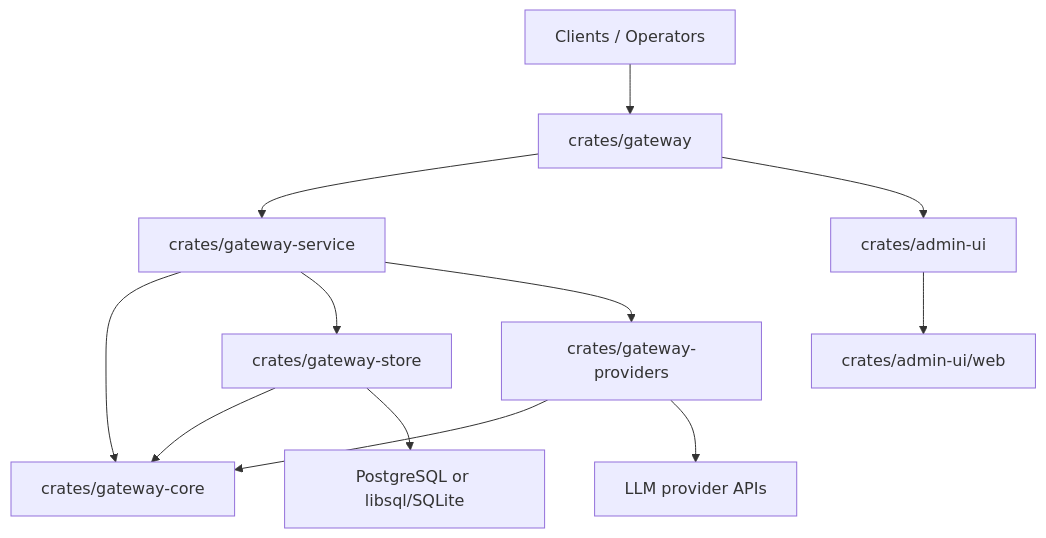
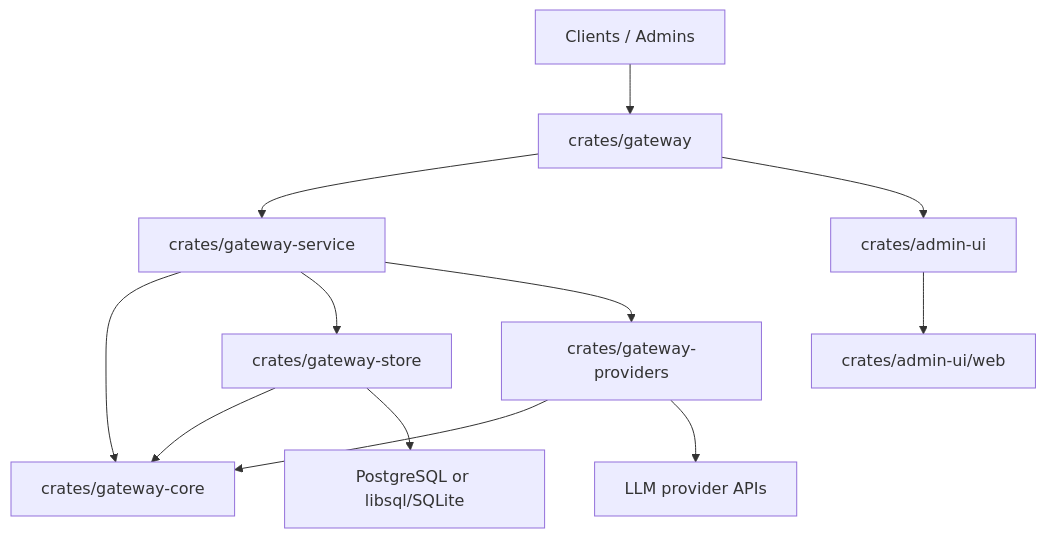
The diagram in CONTRIBUTING.md (ahstn/oceans-llm), drawn with Mermaid before and after one commit. The commit also changed other lines of this file and 31 other files, not shown here.

````diff
--- a/CONTRIBUTING.md
+++ b/CONTRIBUTING.md
@@ -67,25 +67,25 @@
 ```mermaid
 graph TD
-    client["Clients / Operators"]
+    client["Clients / Admins"]
     gateway["crates/gateway"]
     service["crates/gateway-service"]
     core["crates/gateway-core"]
     store["crates/gateway-store"]
     providers["crates/gateway-providers"]
     admin_proxy["crates/admin-ui"]
     admin_web["crates/admin-ui/web"]
     db["PostgreSQL or libsql/SQLite"]
     upstreams["LLM provider APIs"]
 
     client --> gateway
     gateway --> service
     gateway --> admin_proxy
     admin_proxy --> admin_web
     service --> core
     service --> store
     service --> providers
     store --> core
     providers --> core
     store --> db
     providers --> upstreams
 ```
````
